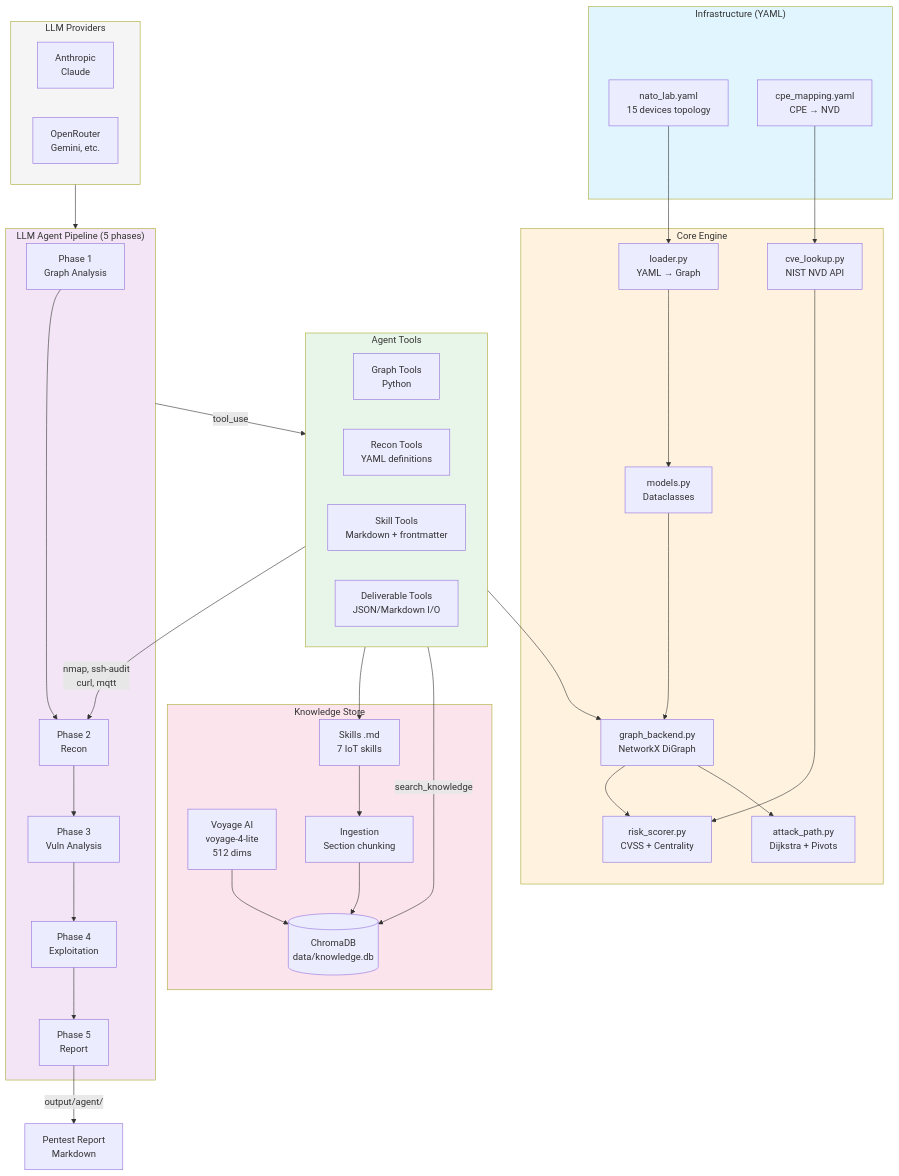
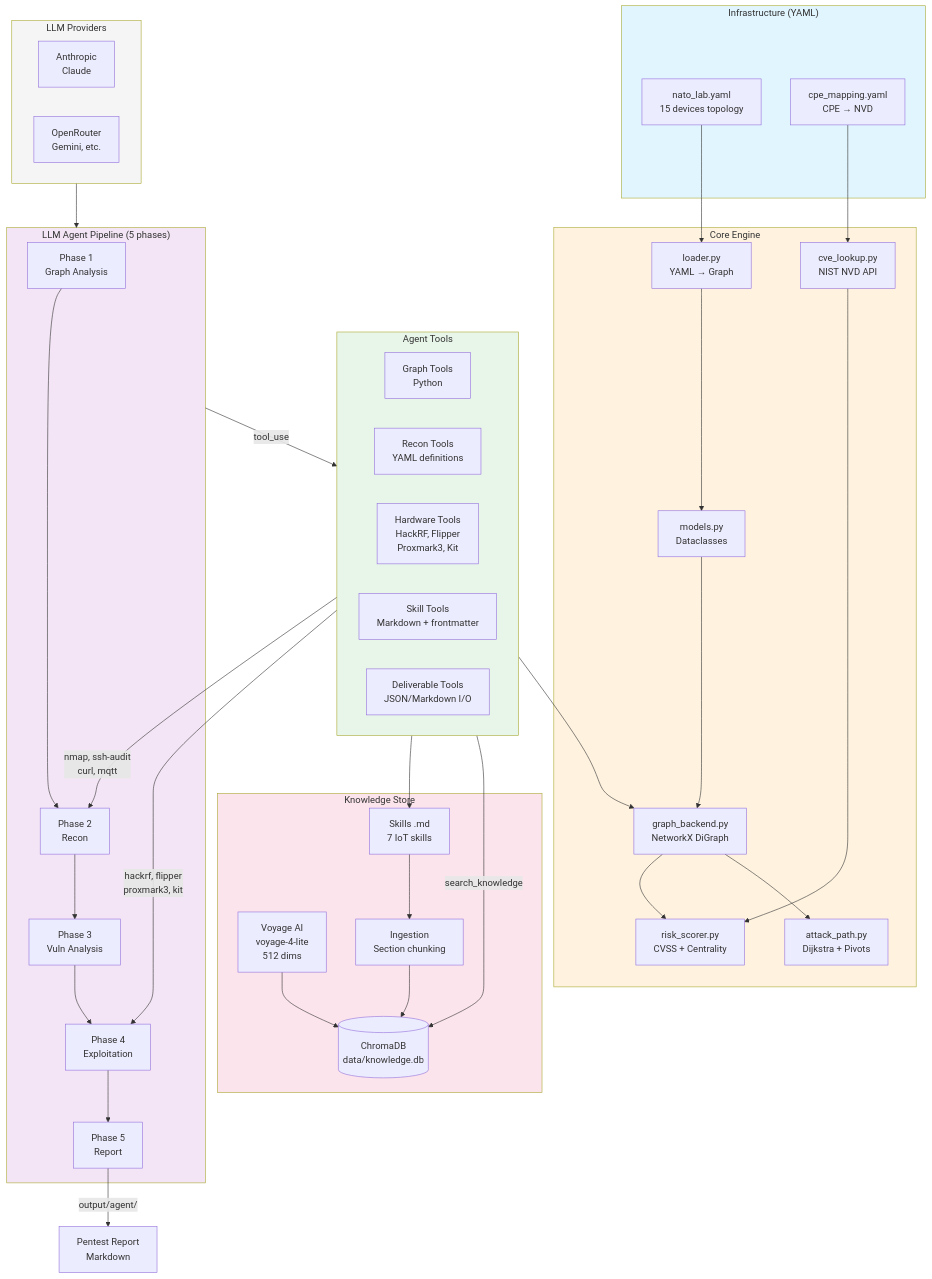
One commit to Tanguyvans/LANCE changed the first of 3 diagrams in README.md. Above: the diagram before and after it, drawn with Mermaid. The commit also changed other lines of this file and 17 other files, not shown here.

````diff
--- a/README.md
+++ b/README.md
@@ -96,73 +96,75 @@
 ```mermaid
 graph TB
     subgraph Infrastructure["Infrastructure (YAML)"]
         TOPO[nato_lab.yaml<br/>15 devices topology]
         CPE[cpe_mapping.yaml<br/>CPE → NVD]
     end
 
     subgraph Core["Core Engine"]
         MODELS[models.py<br/>Dataclasses]
         GRAPH[graph_backend.py<br/>NetworkX DiGraph]
         LOADER[loader.py<br/>YAML → Graph]
         CVE[cve_lookup.py<br/>NIST NVD API]
         RISK[risk_scorer.py<br/>CVSS + Centrality]
         ATTACK[attack_path.py<br/>Dijkstra + Pivots]
     end
 
     subgraph Agent["LLM Agent Pipeline (5 phases)"]
         P1[Phase 1<br/>Graph Analysis]
         P2[Phase 2<br/>Recon]
         P3[Phase 3<br/>Vuln Analysis]
         P4[Phase 4<br/>Exploitation]
         P5[Phase 5<br/>Report]
     end
 
     subgraph Tools["Agent Tools"]
         direction LR
         GTOOLS[Graph Tools<br/>Python]
         RTOOLS[Recon Tools<br/>YAML definitions]
+        HTOOLS[Hardware Tools<br/>HackRF, Flipper<br/>Proxmark3, Kit]
         STOOLS[Skill Tools<br/>Markdown + frontmatter]
         DTOOLS[Deliverable Tools<br/>JSON/Markdown I/O]
     end
 
     subgraph Knowledge["Knowledge Store"]
         CHROMA[(ChromaDB<br/>data/knowledge.db)]
         VOYAGE[Voyage AI<br/>voyage-4-lite<br/>512 dims]
         SKILLS[Skills .md<br/>7 IoT skills]
         INGEST[Ingestion<br/>Section chunking]
     end
 
     subgraph Providers["LLM Providers"]
         ANTH[Anthropic<br/>Claude]
         OR[OpenRouter<br/>Gemini, etc.]
     end
 
     TOPO --> LOADER
     CPE --> CVE
     LOADER --> MODELS --> GRAPH
     GRAPH --> RISK
     GRAPH --> ATTACK
     CVE --> RISK
 
     P1 --> P2 --> P3 --> P4 --> P5
 
     GTOOLS --> GRAPH
     RTOOLS -->|nmap, ssh-audit<br/>curl, mqtt| P2
+    HTOOLS -->|hackrf, flipper<br/>proxmark3, kit| P4
     STOOLS --> SKILLS
     STOOLS -->|search_knowledge| CHROMA
 
     SKILLS --> INGEST --> CHROMA
     VOYAGE --> CHROMA
 
     Agent -->|tool_use| Tools
     Providers --> Agent
 
     P5 -->|output/agent/| REPORT[Pentest Report<br/>Markdown]
 
     style Infrastructure fill:#e1f5fe
     style Core fill:#fff3e0
     style Agent fill:#f3e5f5
     style Tools fill:#e8f5e9
     style Knowledge fill:#fce4ec
     style Providers fill:#f5f5f5
 ```
````
